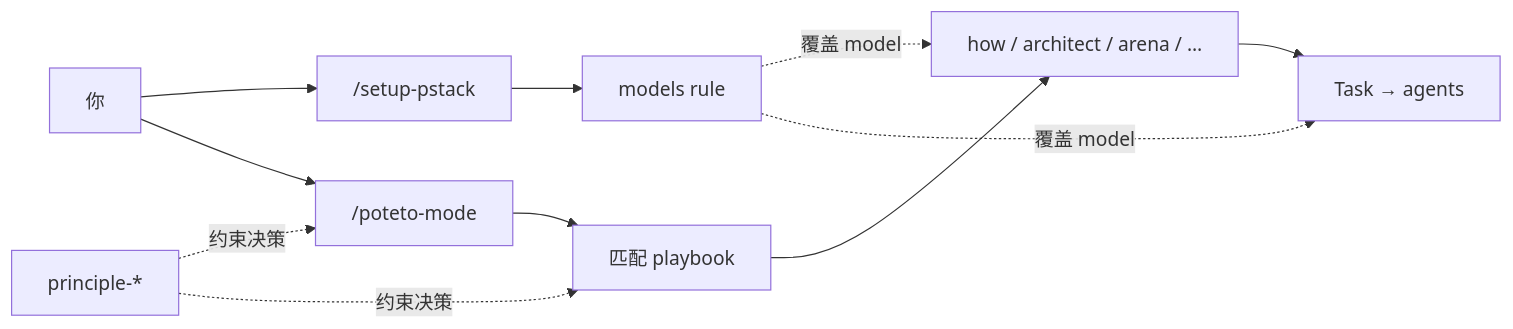
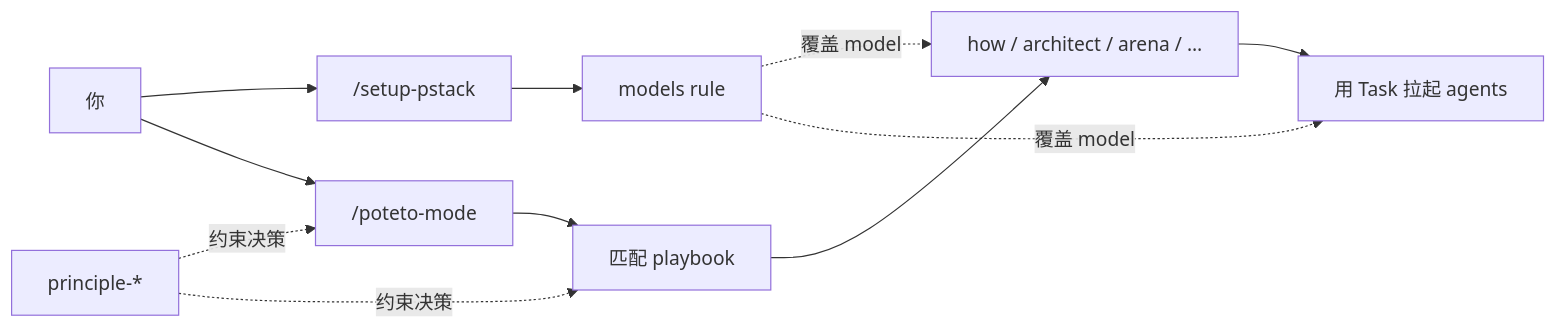
Before and after one commit to fenfenxu/pstack-zh: the second of 3 diagrams in tutorials/anatomy.md, drawn with Mermaid. The commit also changed other lines of this file and 3 other files, not shown here.

````diff
--- a/tutorials/anatomy.md
+++ b/tutorials/anatomy.md
@@ -58,13 +58,13 @@
 ```mermaid
 flowchart LR
   U["你"] --> D1["/setup-pstack"]
   U --> D2["/poteto-mode"]
   D1 --> R["models rule"]
   D2 --> PB["匹配 playbook"]
   PB --> SK["how / architect / arena / …"]
-  SK --> AG["Task → agents"]
+  SK --> AG["用 Task 拉起 agents"]
   R -.->|"覆盖 model"| SK
   R -.->|"覆盖 model"| AG
   PR["principle-*"] -.->|"约束决策"| D2
   PR -.->|"约束决策"| PB
 ```
````
